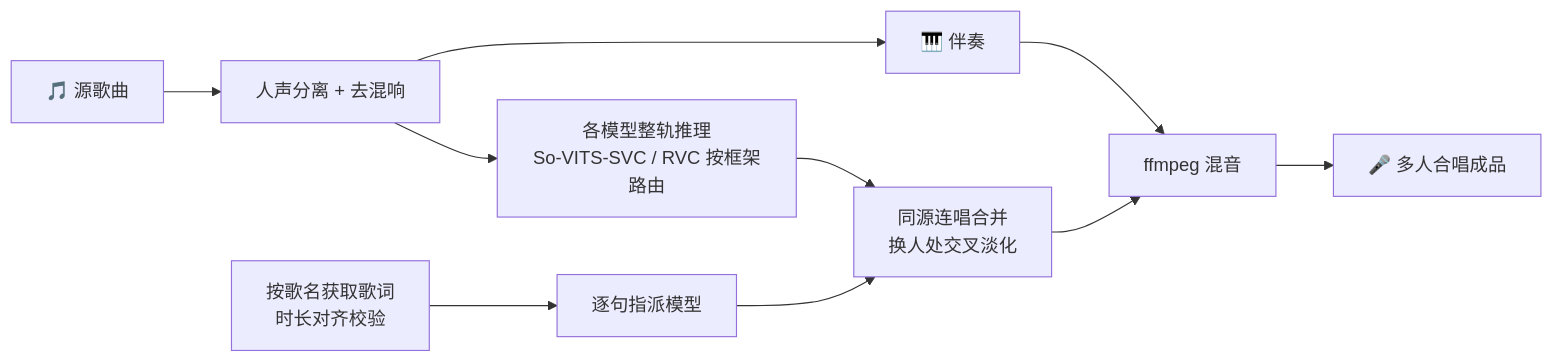
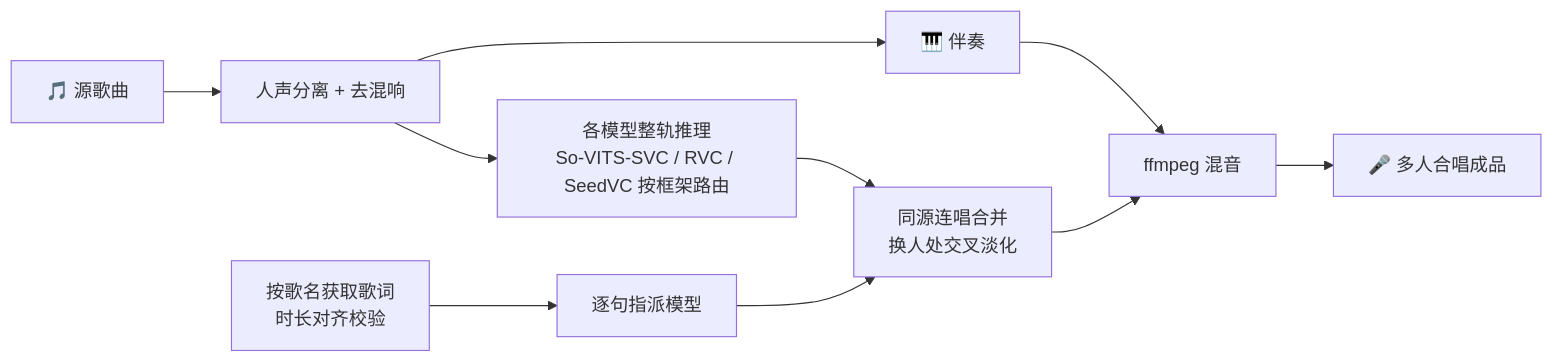
Before and after one commit to SDIJF1521/xb-svcb: the second of 3 diagrams in README.md, drawn with Mermaid. The commit also changed other lines of this file and 48 other files, not shown here.

````diff
--- a/README.md
+++ b/README.md
@@ -368,12 +337,12 @@
 ```mermaid
 flowchart LR
     A[🎵 源歌曲] --> B[人声分离 + 去混响]
     B --> I[🎹 伴奏]
     L[按歌名获取歌词<br/>时长对齐校验] --> N[逐句指派模型]
-    B --> P[各模型整轨推理<br/>So-VITS-SVC / RVC 按框架路由]
+    B --> P[各模型整轨推理<br/>So-VITS-SVC / RVC / SeedVC 按框架路由]
     N --> Q[同源连唱合并<br/>换人处交叉淡化]
     P --> Q
     I --> F[ffmpeg 混音]
     Q --> F
     F --> G[🎤 多人合唱成品]
 ```
````
